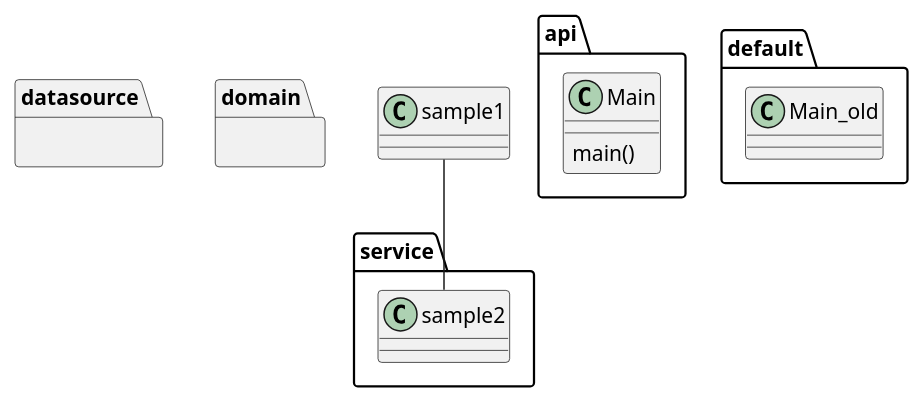
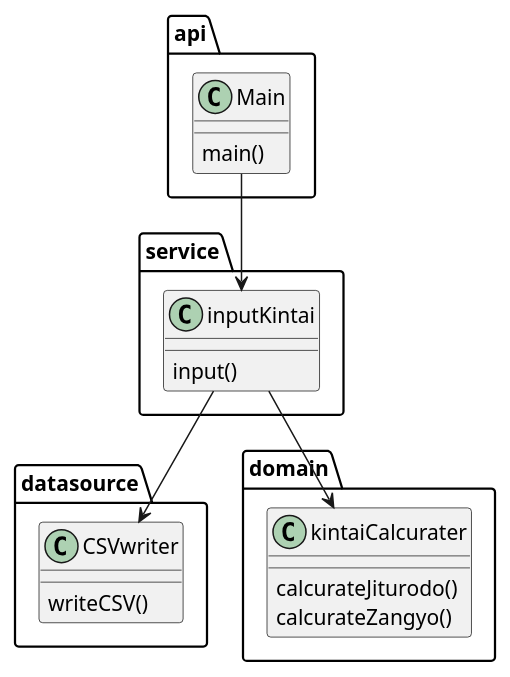
One commit to biglobe-isp/kintai changed the diagram in doc/classs-diagram.pu. Above: the diagram before and after it, drawn with PlantUML. The commit also changed 6 other files, not shown here.

```diff
--- a/doc/classs-diagram.pu
+++ b/doc/classs-diagram.pu
@@ -1,26 +1,30 @@
 @startuml
 package "api" {
     class Main{
         main()
     }
 }
 
 package "service" {
-    class sample2
+    class inputKintai{
+        input()
+    }
 }
 
 package "datasource"{
-
+class CSVwriter{
+    writeCSV()
+}
 } 
 package "domain"{
-
+class kintaiCalcurater{
+    calcurateJiturodo()
+    calcurateZangyo()
+}
 } 
 
-'便宜的なデフォルトクラス
-package "default"{
-    class Main_old
-}
 
-sample1--sample2
-
+Main-->inputKintai
+inputKintai-->kintaiCalcurater
+inputKintai-->CSVwriter
 @enduml
```
